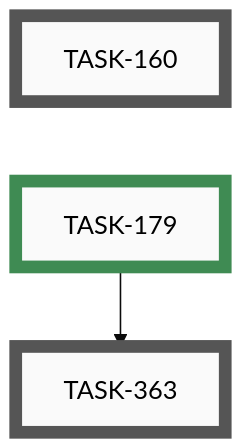
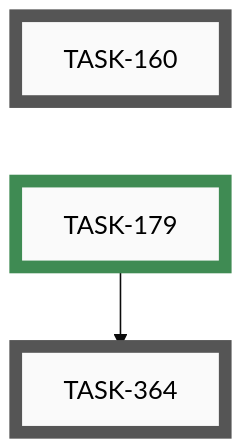
The first of 12 diagrams in docs/developers/tasks/EPICS.md (tgd1975/AwesomeStudioPedal), drawn with Mermaid (base theme) before and after one commit. The commit also changed other lines of this file and 4 other files, not shown here.

First line of the commit message:
fix(task-363→364): renumber thin-out-release-skill task to avoid collision

````diff
--- a/docs/developers/tasks/EPICS.md
+++ b/docs/developers/tasks/EPICS.md
@@ -32,19 +32,19 @@
 ```mermaid
 graph TD
     TASK_160["TASK-160"]:::open
-    TASK_363["TASK-363"]:::open
+    TASK_364["TASK-364"]:::open
     TASK_179["TASK-179"]:::closed
-    TASK_179 --> TASK_363
+    TASK_179 --> TASK_364
     TASK_160 ~~~ TASK_179
     click TASK_160 "open/task-160-publish-android-play-store.md"
-    click TASK_363 "open/task-363-thin-out-release-skill.md"
+    click TASK_364 "open/task-364-thin-out-release-skill.md"
     click TASK_179 "closed/task-179-determine-android-app-release.md"
     classDef open    fill:#FAFAFA,stroke:#555,stroke-width:8px,color:#000
     classDef active  fill:#FAFAFA,stroke:#1A6FA8,stroke-width:8px,color:#000
     classDef closed  fill:#FAFAFA,stroke:#3F8B53,stroke-width:8px,color:#000
     classDef paused  fill:#FAFAFA,stroke:#B07810,stroke-width:8px,color:#000
     classDef openExt    fill:#000,stroke:#888,stroke-width:8px,color:#FFF
     classDef activeExt  fill:#000,stroke:#3FA9F5,stroke-width:8px,color:#FFF
     classDef closedExt  fill:#000,stroke:#7CC68A,stroke-width:8px,color:#FFF
     classDef pausedExt  fill:#000,stroke:#F0B030,stroke-width:8px,color:#FFF
 ```
````
